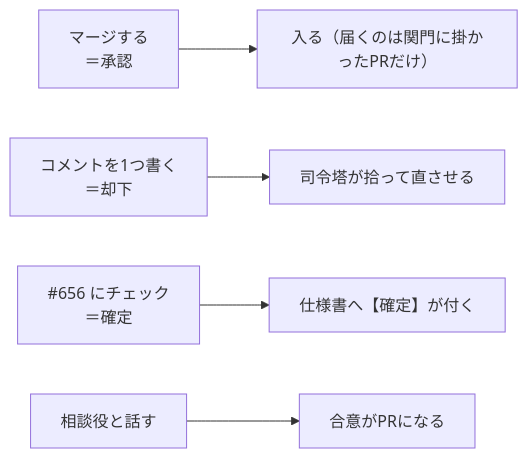
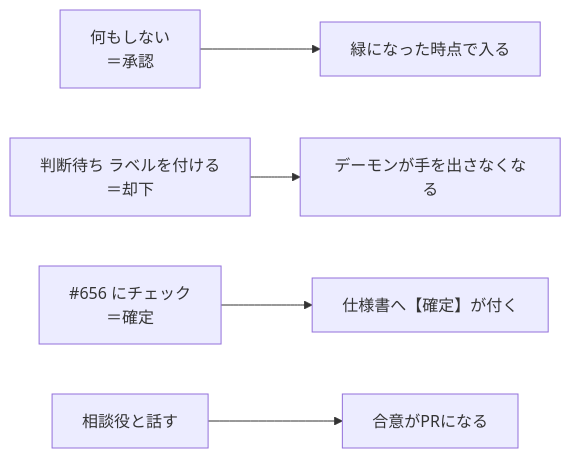
One commit to gooyyu1/UnmappedIsland changed the fourth of 5 diagrams in docs/ParallelAgents.md. Above: the diagram before and after it, drawn with Mermaid. The commit also changed other lines of this file and 28 other files, not shown here.

````diff
--- a/docs/ParallelAgents.md
+++ b/docs/ParallelAgents.md
@@ -254,7 +256,7 @@
 ```mermaid
 flowchart LR
-    A["マージする<br/>＝承認"] --> Done["入る（届くのは関門に掛かったPRだけ）"]
-    B["コメントを1つ書く<br/>＝却下"] --> Fix["司令塔が拾って直させる"]
+    A["何もしない<br/>＝承認"] --> Done["緑になった時点で入る"]
+    B["判断待ち ラベルを付ける<br/>＝却下"] --> Fix["デーモンが手を出さなくなる"]
     C["#656 にチェック<br/>＝確定"] --> Mark["仕様書へ【確定】が付く"]
     D["相談役と話す"] --> Decide["合意がPRになる"]
 ```
````
